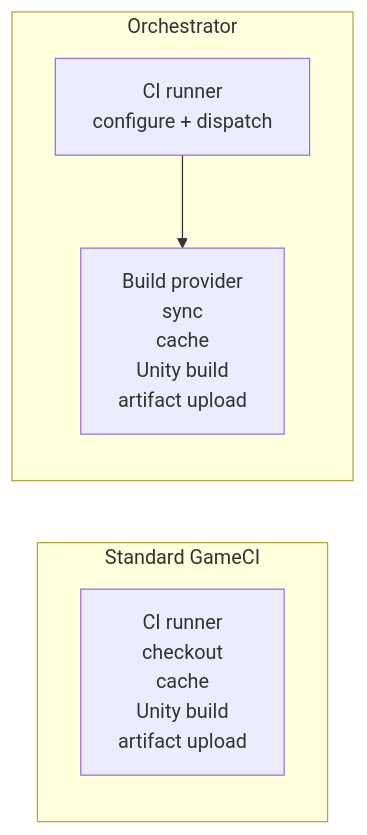
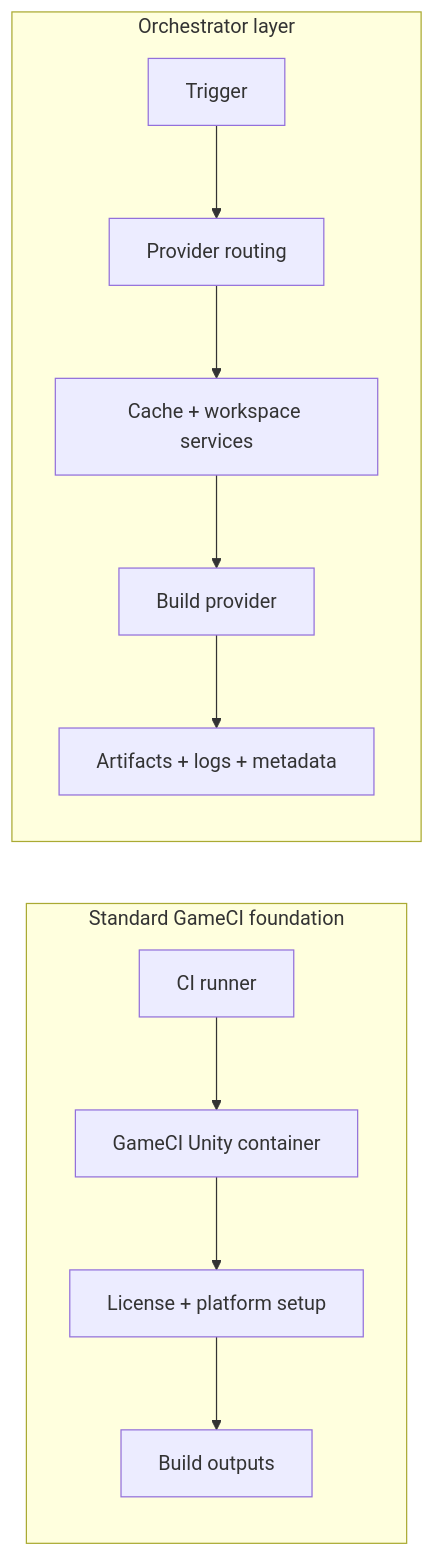
The diagram in docs/03-github-orchestrator/01-introduction-to-orchestrator/02-game-ci-vs-orchestrator.mdx (coffandro/game-ci-documentation), drawn with Mermaid before and after one commit. The commit also changed other lines of this file and 32 other files, not shown here.

````diff
--- a/docs/03-github-orchestrator/01-introduction-to-orchestrator/02-game-ci-vs-orchestrator.mdx
+++ b/docs/03-github-orchestrator/01-introduction-to-orchestrator/02-game-ci-vs-orchestrator.mdx
@@ -14,9 +21,17 @@
 ```mermaid
 flowchart LR
-  subgraph standard["Standard GameCI"]
-    A["CI runner\ncheckout\ncache\nUnity build\nartifact upload"]
+  subgraph foundation["Standard GameCI foundation"]
+    A["CI runner"]
+    B["GameCI Unity container"]
+    C["License + platform setup"]
+    D["Build outputs"]
+    A --> B --> C --> D
   end
-  subgraph orchestrated["Orchestrator"]
-    B["CI runner\nconfigure + dispatch"] --> C["Build provider\nsync\ncache\nUnity build\nartifact upload"]
+
+  subgraph advanced["Orchestrator layer"]
+    E["Trigger"] --> F["Provider routing"]
+    F --> G["Cache + workspace services"]
+    G --> H["Build provider"]
+    H --> I["Artifacts + logs + metadata"]
   end
 ```
````
